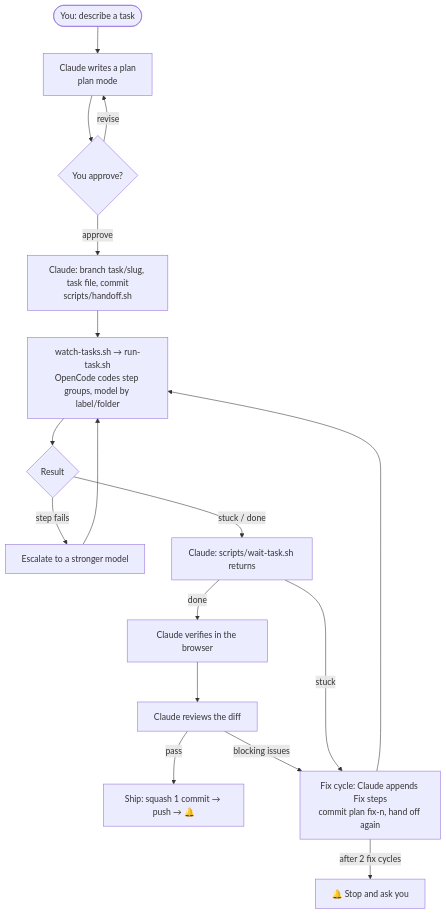
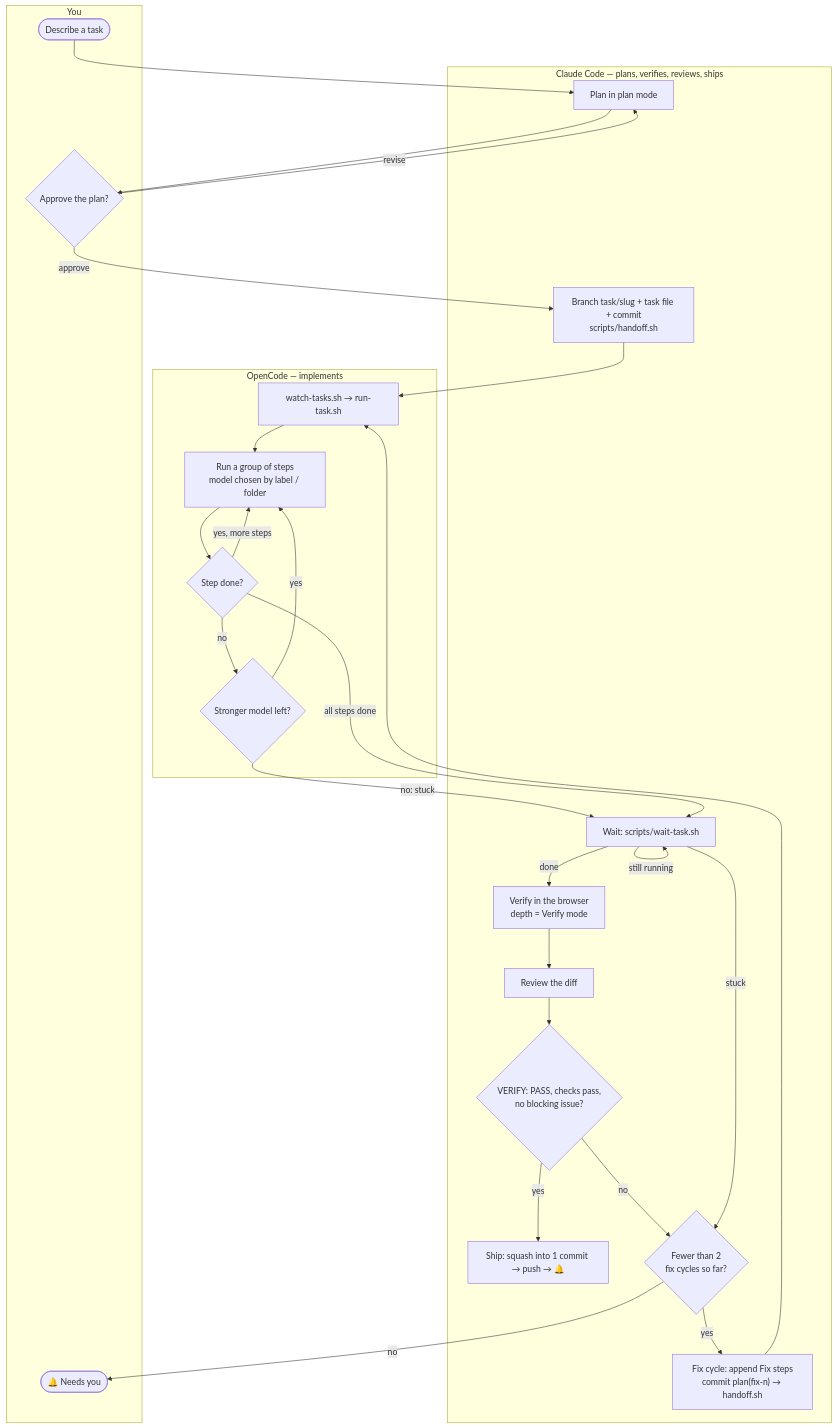
The diagram in README.md (trgianghuynh1808/claude-opencode-agentic-kit), drawn with Mermaid before and after one commit. The commit also changed other lines of this file, not shown here.

Commit message:
docs: redraw workflow diagram for autopilot

````diff
--- a/README.md
+++ b/README.md
@@ -39,18 +39,43 @@
 ```mermaid
 flowchart TD
-    U([You: describe a task]) --> P[Claude writes a plan<br/>plan mode]
-    P --> A{You approve?}
+    subgraph YOU["You"]
+        U([Describe a task])
+        A{Approve the plan?}
+        X(["🔔 Needs you"])
+    end
+
+    subgraph CLAUDE["Claude Code — plans, verifies, reviews, ships"]
+        P[Plan in plan mode]
+        H["Branch task/slug + task file + commit<br/>scripts/handoff.sh"]
+        WT["Wait: scripts/wait-task.sh"]
+        V["Verify in the browser<br/>depth = Verify mode"]
+        RV[Review the diff]
+        D{"VERIFY: PASS, checks pass,<br/>no blocking issue?"}
+        S["Ship: squash into 1 commit → push → 🔔"]
+        FC{"Fewer than 2<br/>fix cycles so far?"}
+        F["Fix cycle: append Fix steps<br/>commit plan(fix-n) → handoff.sh"]
+    end
+
+    subgraph OPENCODE["OpenCode — implements"]
+        W["watch-tasks.sh → run-task.sh"]
+        R["Run a group of steps<br/>model chosen by label / folder"]
+        T{Step done?}
+        E{Stronger model left?}
+    end
+
+    U --> P --> A
     A -- revise --> P
-    A -- approve --> H[Claude: branch task/slug, task file, commit<br/>scripts/handoff.sh]
-    H --> W[watch-tasks.sh → run-task.sh<br/>OpenCode codes step groups, model by label/folder]
-    W --> T{Result}
-    T -- step fails --> E[Escalate to a stronger model] --> W
-    T -- stuck / done --> C[Claude: scripts/wait-task.sh returns]
-    C -- done --> V[Claude verifies in the browser]
-    V --> RV[Claude reviews the diff]
-    RV -- pass --> S[Ship: squash 1 commit → push → 🔔]
-    RV -- blocking issues --> F[Fix cycle: Claude appends Fix steps<br/>commit plan fix-n, hand off again]
-    C -- stuck --> F
-    F --> W
-    F -- after 2 fix cycles --> X[🔔 Stop and ask you]
+    A -- approve --> H --> W --> R --> T
+    T -- "yes, more steps" --> R
+    T -- no --> E
+    E -- yes --> R
+    E -- "no: stuck" --> WT
+    T -- "all steps done" --> WT
+    WT -- "still running" --> WT
+    WT -- done --> V --> RV --> D
+    D -- yes --> S
+    D -- no --> FC
+    WT -- stuck --> FC
+    FC -- yes --> F --> W
+    FC -- no --> X
 ```
````
